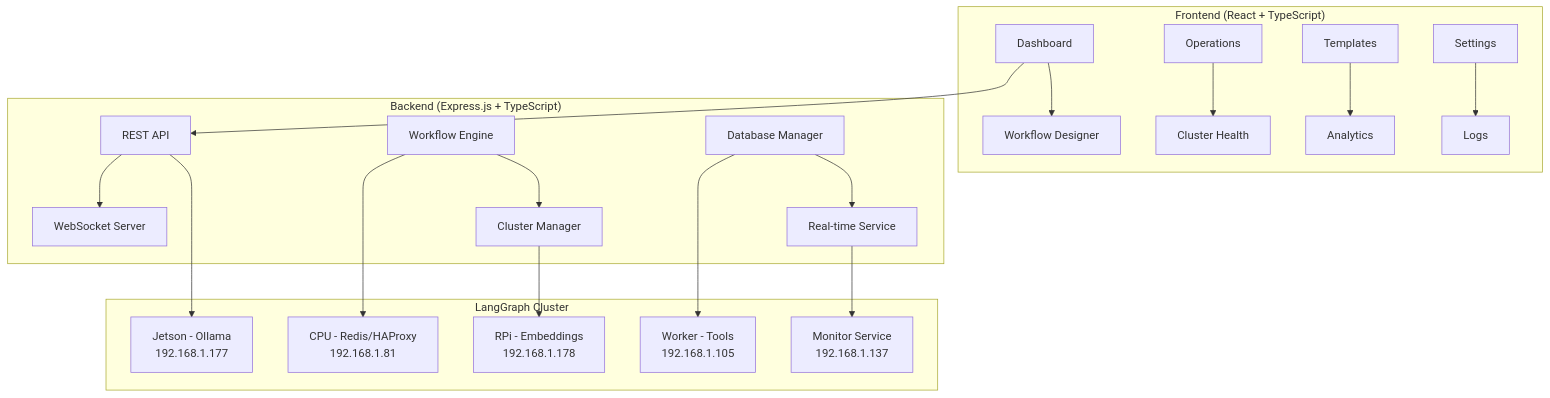
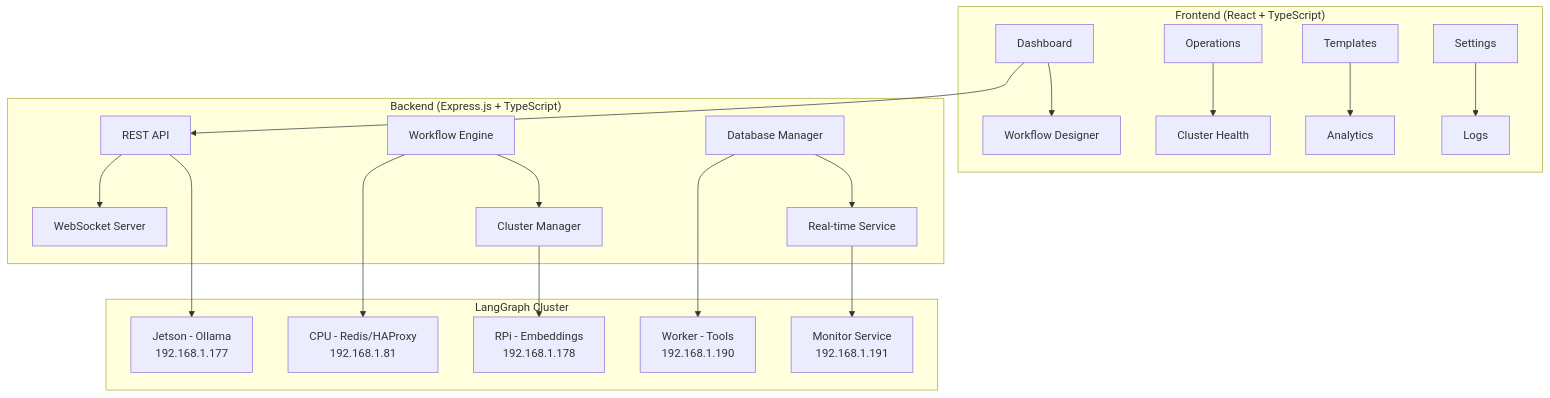
The diagram in langgraph-orchestrator/README.md (pavelkushtia/LangGraph), drawn with Mermaid before and after one commit. The commit also changed other lines of this file and 8 other files, not shown here.

````diff
--- a/langgraph-orchestrator/README.md
+++ b/langgraph-orchestrator/README.md
@@ -11,30 +11,30 @@
 ```mermaid
 graph TB
     subgraph "Frontend (React + TypeScript)"
         A[Dashboard] --> B[Workflow Designer]
         C[Operations] --> D[Cluster Health]
         E[Templates] --> F[Analytics]
         G[Settings] --> H[Logs]
     end
     
     subgraph "Backend (Express.js + TypeScript)"
         I[REST API] --> J[WebSocket Server]
         K[Workflow Engine] --> L[Cluster Manager]
         M[Database Manager] --> N[Real-time Service]
     end
     
     subgraph "LangGraph Cluster"
         O[Jetson - Ollama<br/>192.168.1.177]
         P[CPU - Redis/HAProxy<br/>192.168.1.81]
         Q[RPi - Embeddings<br/>192.168.1.178]
-        R[Worker - Tools<br/>192.168.1.105]
-        S[Monitor Service<br/>192.168.1.137]
+        R[Worker - Tools<br/>192.168.1.190]
+        S[Monitor Service<br/>192.168.1.191]
     end
     
     A --> I
     I --> O
     K --> P
     L --> Q
     M --> R
     N --> S
 ```
````
